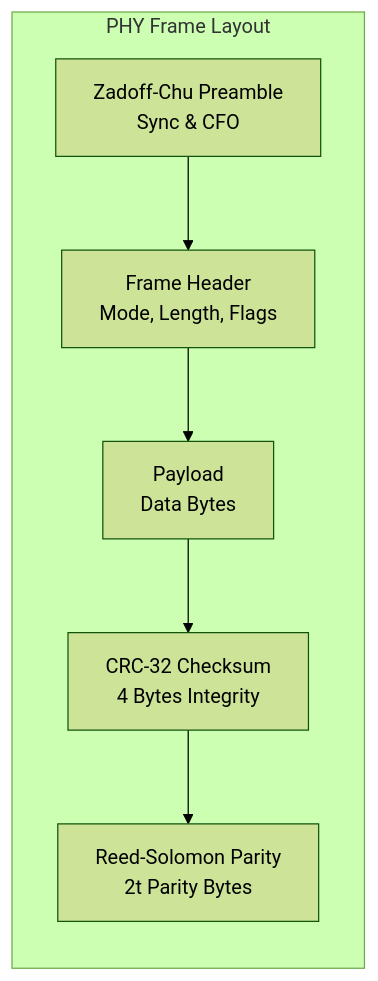
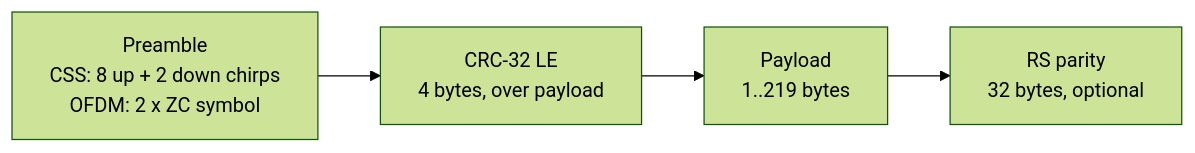
Before and after one commit to PxA-Labs/ultrasonic-phy-layer: the diagram in docs/DEVELOPER_GUIDE.md, drawn with Mermaid (forest theme). The commit also changed other lines of this file and 16 other files, not shown here.

````diff
--- a/docs/DEVELOPER_GUIDE.md
+++ b/docs/DEVELOPER_GUIDE.md
@@ -50,9 +48,6 @@
 ```mermaid
 graph LR
-    subgraph PHY Frame Layout
-        A[Zadoff-Chu Preamble<br/>Sync & CFO] --> B[Frame Header<br/>Mode, Length, Flags]
-        B --> C[Payload<br/>Data Bytes]
-        C --> D[CRC-32 Checksum<br/>4 Bytes Integrity]
-        D --> E[Reed-Solomon Parity<br/>2t Parity Bytes]
-    end
+    P[Preamble<br/>CSS: 8 up + 2 down chirps<br/>OFDM: 2 x ZC symbol] --> C[CRC-32 LE<br/>4 bytes, over payload]
+    C --> D[Payload<br/>1..219 bytes]
+    D --> R[RS parity<br/>32 bytes, optional]
 ```
````
